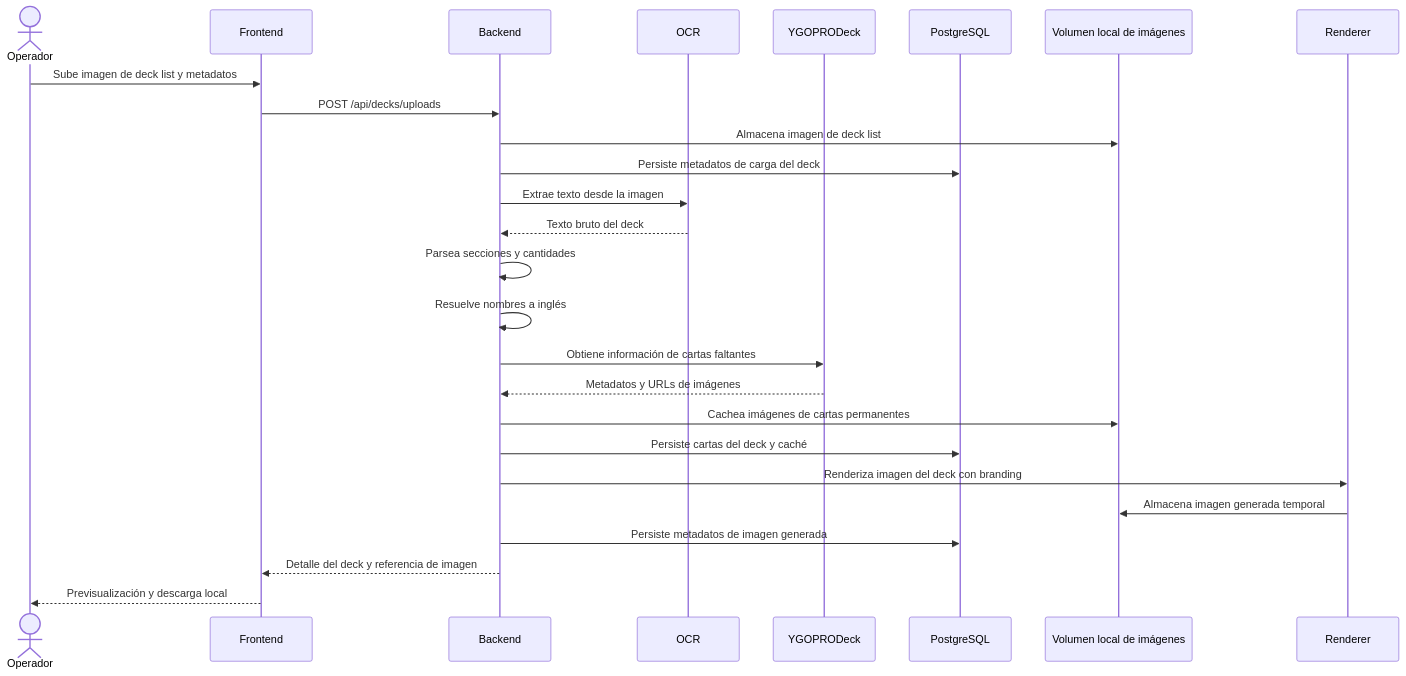
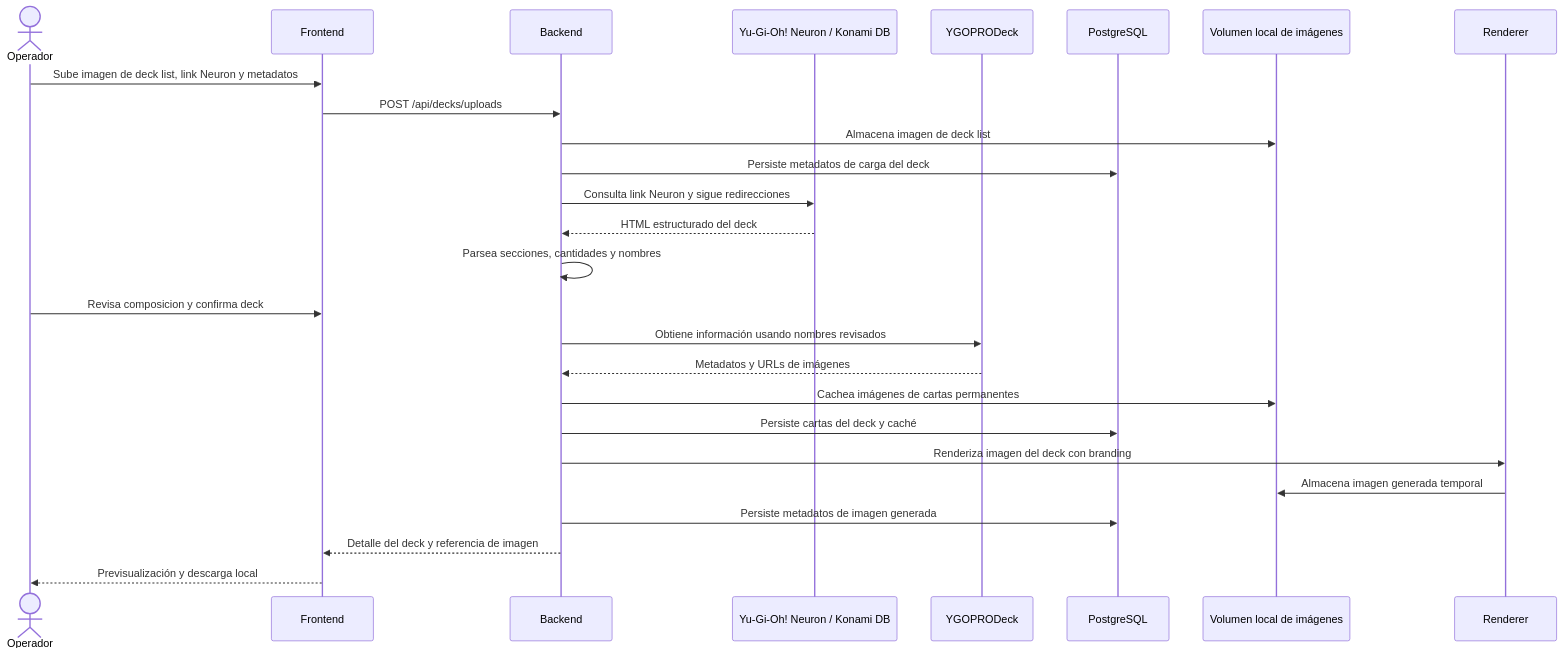
Before and after one commit to itachi364/YugiDeckStudio: the diagram in specs/design.md, drawn with Mermaid. The commit also changed other lines of this file and 63 other files, not shown here.

````diff
--- a/specs/design.md
+++ b/specs/design.md
@@ -758,29 +815,29 @@
 ```mermaid
 sequenceDiagram
     actor Operador
     participant Frontend
     participant Backend
-    participant OCR
+    participant Neuron as Yu-Gi-Oh! Neuron / Konami DB
     participant YGO as YGOPRODeck
     participant DB as PostgreSQL
     participant Storage as Volumen local de imágenes
     participant Renderer
 
-    Operador->>Frontend: Sube imagen de deck list y metadatos
+    Operador->>Frontend: Sube imagen de deck list, link Neuron y metadatos
     Frontend->>Backend: POST /api/decks/uploads
     Backend->>Storage: Almacena imagen de deck list
     Backend->>DB: Persiste metadatos de carga del deck
-    Backend->>OCR: Extrae texto desde la imagen
-    OCR-->>Backend: Texto bruto del deck
-    Backend->>Backend: Parsea secciones y cantidades
-    Backend->>Backend: Resuelve nombres a inglés
-    Backend->>YGO: Obtiene información de cartas faltantes
+    Backend->>Neuron: Consulta link Neuron y sigue redirecciones
+    Neuron-->>Backend: HTML estructurado del deck
+    Backend->>Backend: Parsea secciones, cantidades y nombres
+    Operador->>Frontend: Revisa composicion y confirma deck
+    Backend->>YGO: Obtiene información usando nombres revisados
     YGO-->>Backend: Metadatos y URLs de imágenes
     Backend->>Storage: Cachea imágenes de cartas permanentes
     Backend->>DB: Persiste cartas del deck y caché
     Backend->>Renderer: Renderiza imagen del deck con branding
     Renderer->>Storage: Almacena imagen generada temporal
     Backend->>DB: Persiste metadatos de imagen generada
     Backend-->>Frontend: Detalle del deck y referencia de imagen
     Frontend-->>Operador: Previsualización y descarga local
 ```
````
